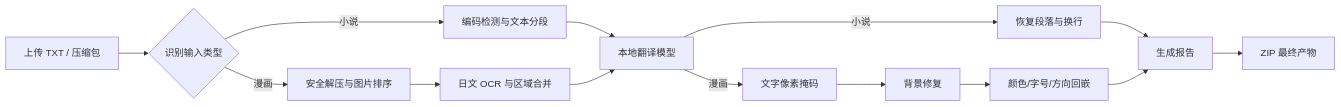
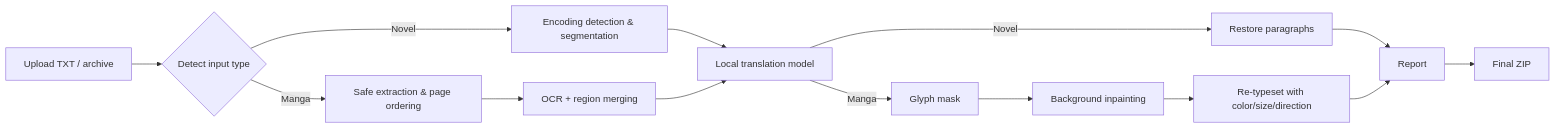
One commit to Aerdelan/qingsui changed the diagram in README.md. Above: the diagram before and after it, drawn with Mermaid. The commit also changed other lines of this file and 7 other files, not shown here.

````diff
--- a/README.md
+++ b/README.md
@@ -20,16 +26,16 @@
 ```mermaid
 flowchart LR
-    A[上传 TXT / 压缩包] --> B{识别输入类型}
-    B -->|小说| C[编码检测与文本分段]
-    B -->|漫画| D[安全解压与图片排序]
-    D --> E[日文 OCR 与区域合并]
-    C --> F[本地翻译模型]
+    A[Upload TXT / archive] --> B{Detect input type}
+    B -->|Novel| C[Encoding detection & segmentation]
+    B -->|Manga| D[Safe extraction & page ordering]
+    D --> E[OCR + region merging]
+    C --> F[Local translation model]
     E --> F
-    F -->|小说| G[恢复段落与换行]
-    F -->|漫画| H[文字像素掩码]
-    H --> I[背景修复]
-    I --> J[颜色/字号/方向回嵌]
-    G --> K[生成报告]
+    F -->|Novel| G[Restore paragraphs]
+    F -->|Manga| H[Glyph mask]
+    H --> I[Background inpainting]
+    I --> J[Re-typeset with color/size/direction]
+    G --> K[Report]
     J --> K
-    K --> L[ZIP 最终产物]
+    K --> L[Final ZIP]
 ```
````
